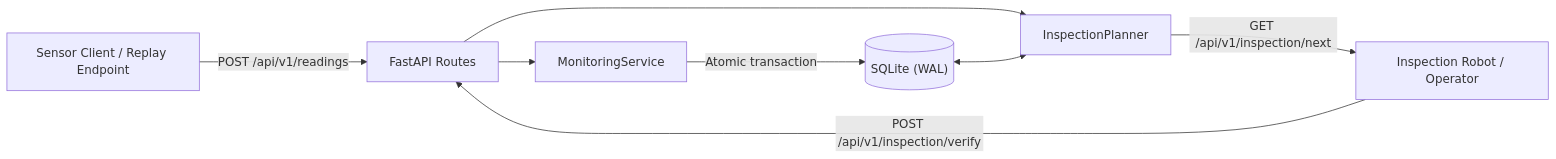
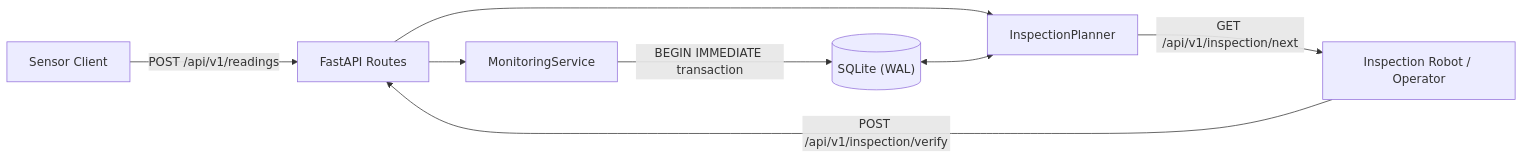
One commit to aryanhood/thermal-sentinel changed the first of 2 diagrams in docs/architecture.md. Above: the diagram before and after it, drawn with Mermaid. The commit also changed other lines of this file and 23 other files, not shown here.

Commit message:
Harden sensor binding, idempotent retries, timestamp guards, SQLite constraints, isolated replay, and frontend state

````diff
--- a/docs/architecture.md
+++ b/docs/architecture.md
@@ -10,10 +10,10 @@
 ```mermaid
 flowchart LR
-    Client["Sensor Client / Replay Endpoint"] -->|POST /api/v1/readings| API["FastAPI Routes"]
+    Client["Sensor Client"] -->|POST /api/v1/readings| API["FastAPI Routes"]
     API --> MON["MonitoringService"]
-    MON -->|Atomic transaction| DB[("SQLite (WAL)")]
+    MON -->|BEGIN IMMEDIATE transaction| DB[("SQLite (WAL)")]
     API --> PLAN["InspectionPlanner"]
     DB <--> PLAN
     PLAN -->|GET /api/v1/inspection/next| Op["Inspection Robot / Operator"]
     Op -->|POST /api/v1/inspection/verify| API
 ```
````
